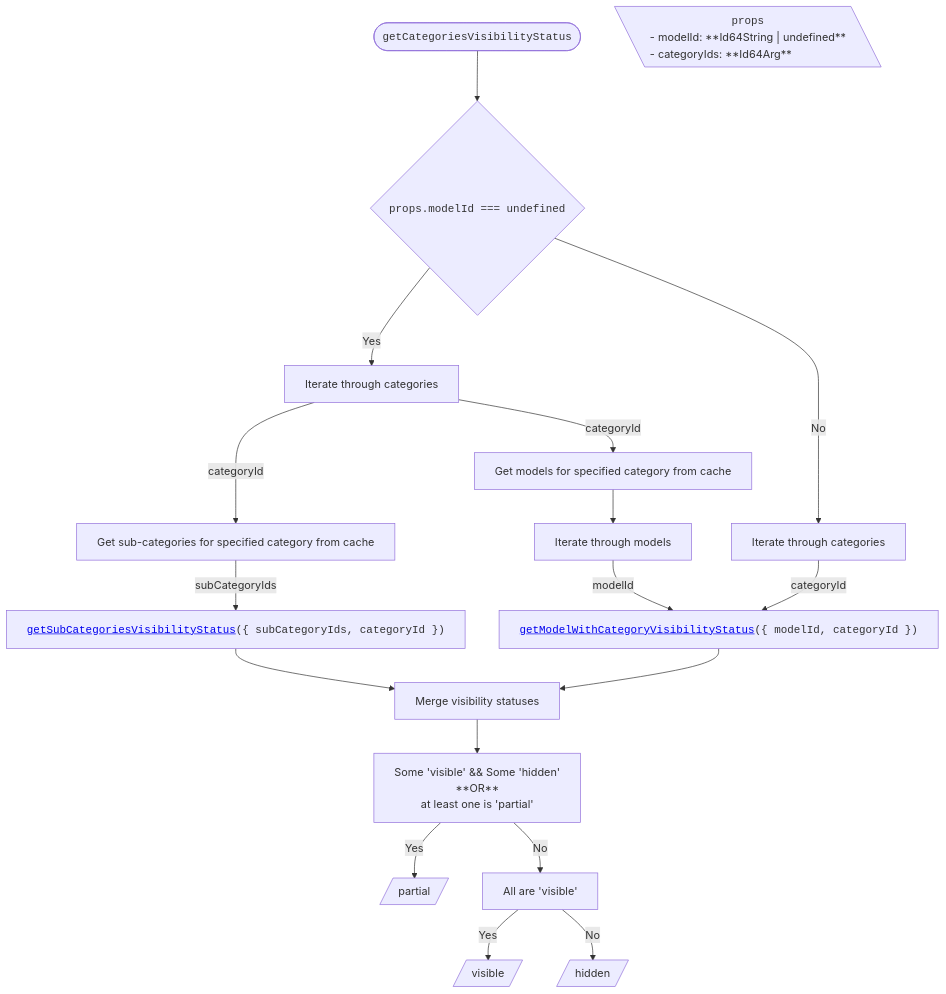
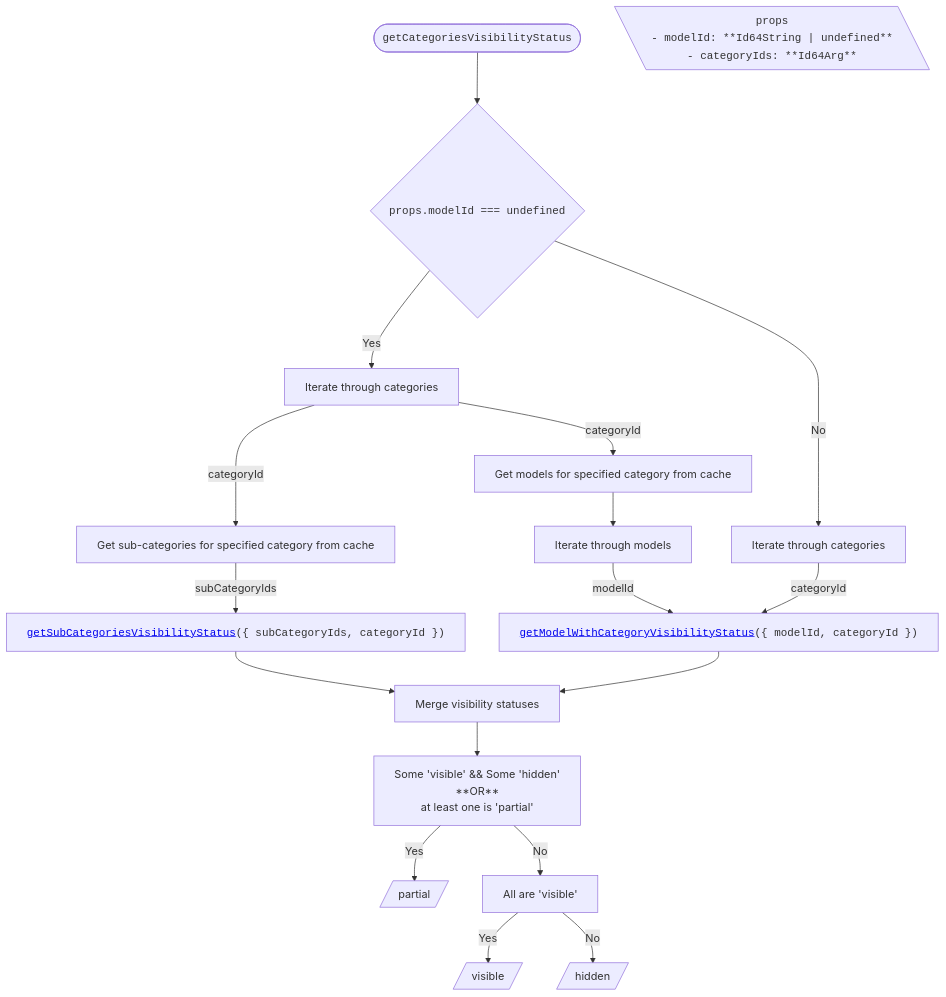
The third of 6 diagrams in packages/itwin/tree-widget/docs/SharedVisibilityHandling.md (iTwin/viewer-components-react), drawn with Mermaid before and after one commit.

````diff
--- a/packages/itwin/tree-widget/docs/SharedVisibilityHandling.md
+++ b/packages/itwin/tree-widget/docs/SharedVisibilityHandling.md
@@ -132,49 +132,49 @@
 ```mermaid
 ---
 config:
   flowchart:
     wrappingWidth: 750
     useMaxWidth: false
 ---
 
 flowchart TD
   RESULT_Partial[/partial/]
   RESULT_Visible[/visible/]
   RESULT_Hidden[/hidden/]
 
   %% Start
   TITLE(["<code>getCategoriesVisibilityStatus</code>"]) --> A{<code>props.modelId === undefined</code>}
 
   PROPS[\"
     <code>props</code>
-    <div style='text-align: left;'>- modelId: **Id64String | undefined** <br/> - categoryIds: **Id64Arg**</div>
+    <code style='text-align: left;'>- modelId: **Id64String | undefined** <br/> - categoryIds: **Id64Arg**</code>
   "\]
 
   %% Branch Yes
   A -- Yes --> B[Iterate through categories]
   B -- categoryId --> C1[Get sub-categories for specified category from cache]
   B -- categoryId --> C2[Get models for specified category from cache]
 
   C1 -- subCategoryIds --> D1["<code><a href='#getsubcategoriesvisibilitystatus'>getSubCategoriesVisibilityStatus</a>({ subCategoryIds, categoryId })</code>"]
 
   C2 --> D2[Iterate through models]
   D2 -- modelId --> F["<code><a href='#getmodelwithcategoryvisibilitystatus'>getModelWithCategoryVisibilityStatus</a>({ modelId, categoryId })</code>"]
 
   %% Branch No
   A -- No --> B2[Iterate through categories]
   B2 -- categoryId --> F
 
   %% Merge
   D1 --> M[Merge visibility statuses]
   F --> M
 
   M --> N[Some 'visible' && Some 'hidden' <br/> **OR** <br/> at least one is 'partial']
 
   %% Results
   N -- Yes --> RESULT_Partial
 
   N -- No --> O[All are 'visible']
 
   O -- Yes --> RESULT_Visible
   O -- No --> RESULT_Hidden
 ```
````
